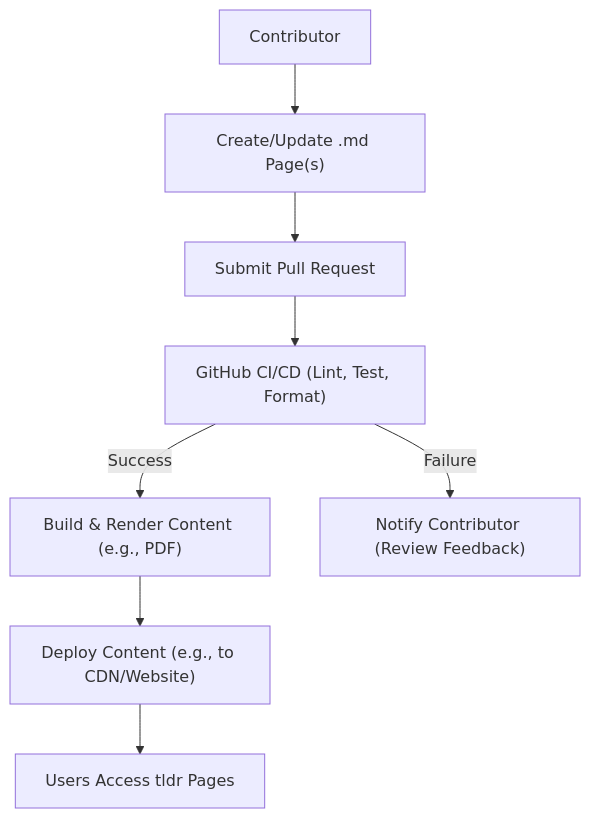
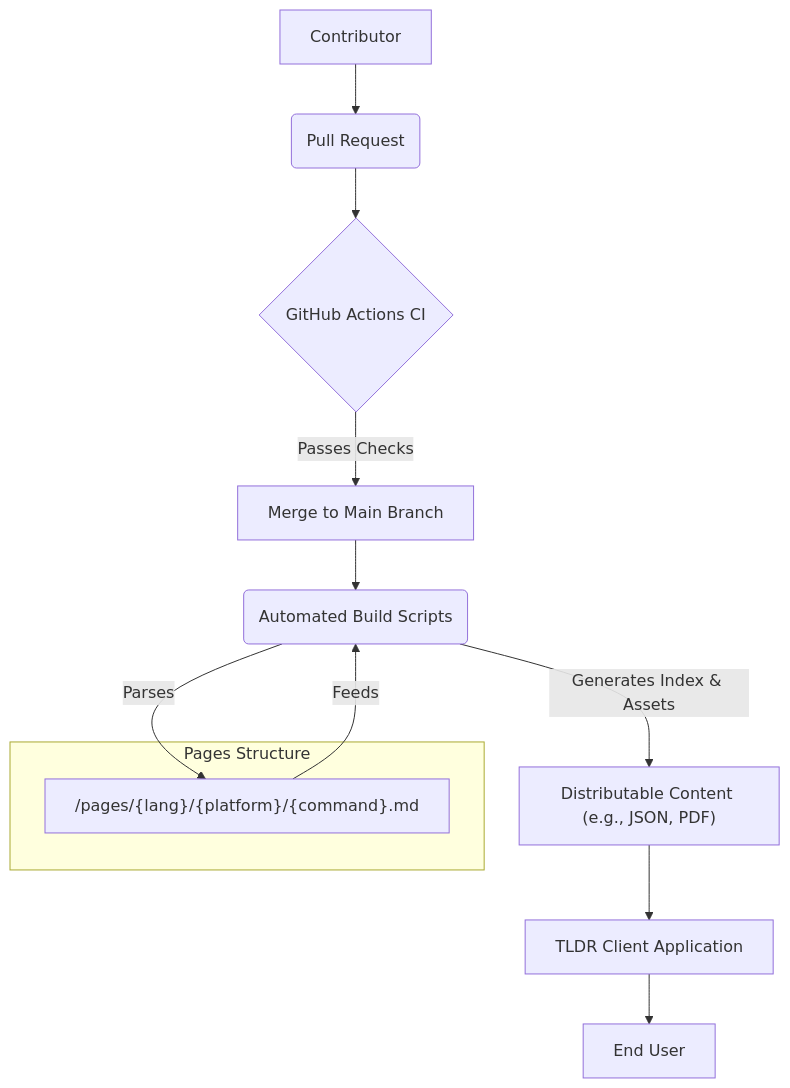
The diagram in README.md (grewal16/tldr), drawn with Mermaid before and after one commit. The commit also changed other lines of this file, not shown here.

````diff
--- a/README.md
+++ b/README.md
@@ -38,10 +43,16 @@
 ```mermaid
 graph TD
-    A["Contributor"] --> B["Create/Update .md Page(s)"];
-    B --> C["Submit Pull Request"];
-    C --> D["GitHub CI/CD (Lint, Test, Format)"];
-    D -- Success --> E["Build & Render Content (e.g., PDF)"];
-    E --> F["Deploy Content (e.g., to CDN/Website)"];
-    D -- Failure --> G["Notify Contributor (Review Feedback)"];
-    F --> H["Users Access tldr Pages"];
+    A["Contributor"] --> B("Pull Request");
+    B --> C{"GitHub Actions CI"};
+    C -- "Passes Checks" --> D["Merge to Main Branch"];
+    D --> E("Automated Build Scripts");
+    E -- "Generates Index & Assets" --> F["Distributable Content (e.g., JSON, PDF)"];
+    F --> G["TLDR Client Application"];
+    G --> H["End User"];
+
+    subgraph Pages Structure
+        I["/pages/{lang}/{platform}/{command}.md"]
+    end
+    E -- "Parses" --> I;
+    I -- "Feeds" --> E;
 ```
````
